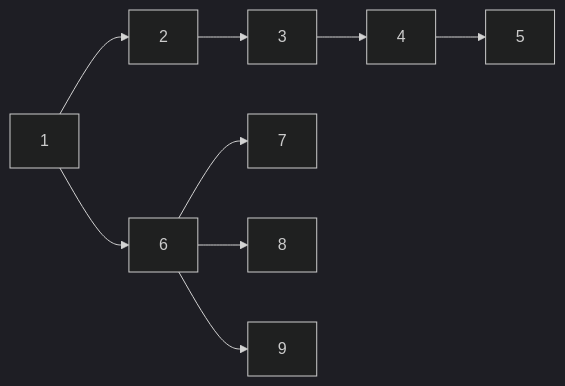
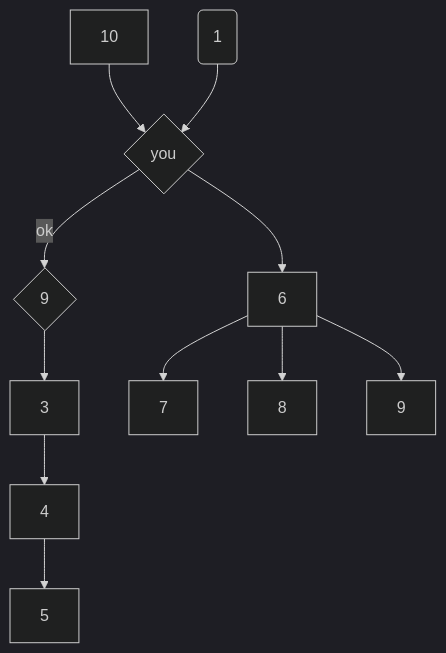
The diagram in NOIP/算法技巧.md (ffdy/my-note), drawn with Mermaid (dark theme) before and after one commit. The commit also changed other lines of this file, not shown here.

````diff
--- a/NOIP/算法技巧.md
+++ b/NOIP/算法技巧.md
@@ -12,11 +12,13 @@
 ``` mermaid
-graph LR 
-    1-->2
+graph TD
+    10-->1
+    11(1)-->1
+    1{you}-->|ok|2{9}
     2-->3
     3-->4
     4-->5
     1-->6
     6-->7
     6-->8
     6-->9
 ```
````
